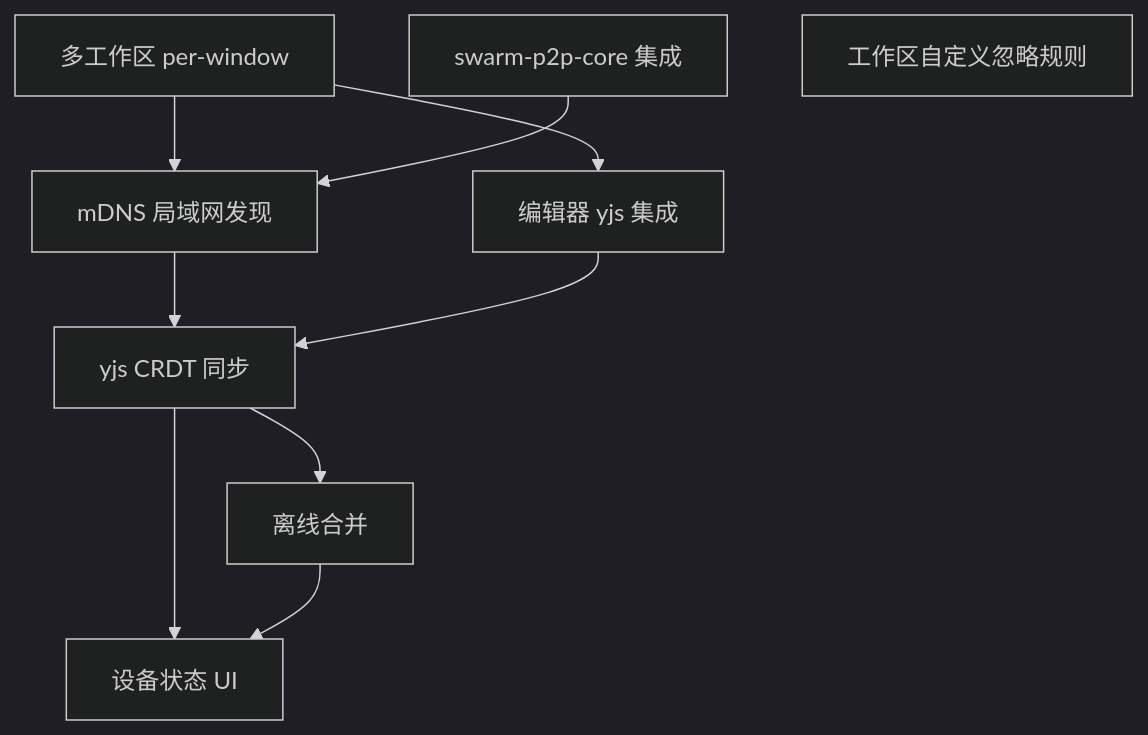
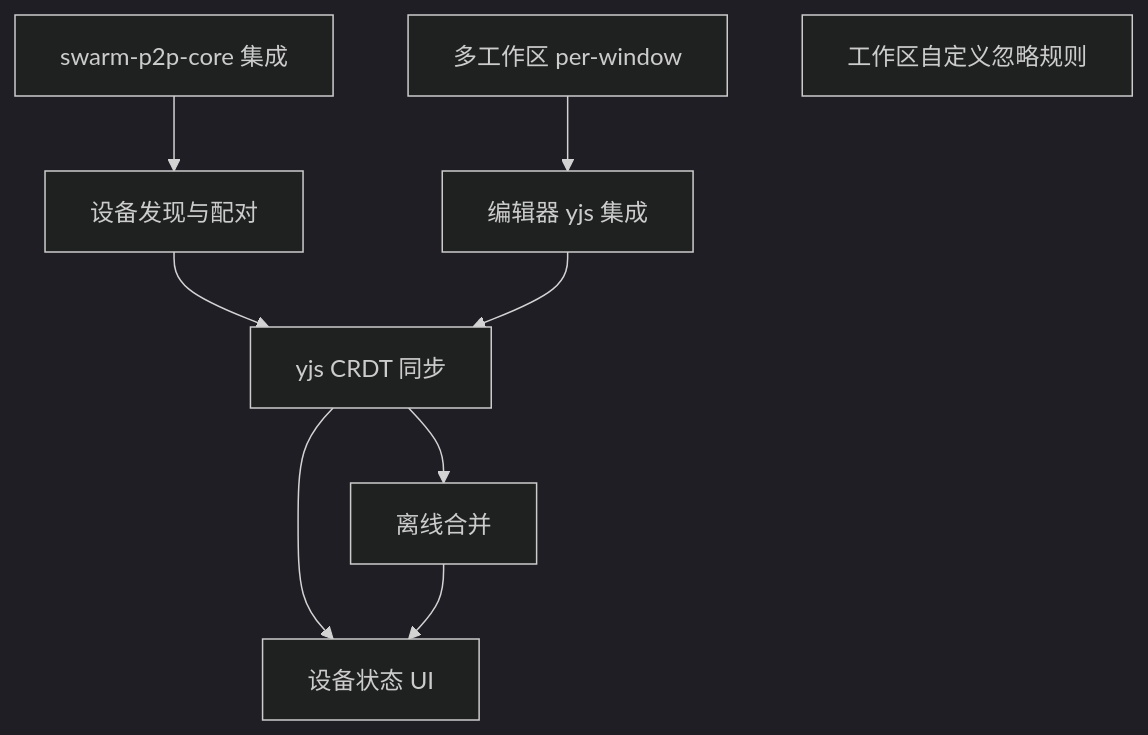
One commit to yexiyue/SwarmNote changed the diagram in milestones/v0.2.0/README.md. Above: the diagram before and after it, drawn with Mermaid (dark theme). The commit also changed other lines of this file and 5 other files, not shown here.

````diff
--- a/milestones/v0.2.0/README.md
+++ b/milestones/v0.2.0/README.md
@@ -36,20 +45,19 @@
 ```mermaid
 graph TD
     MultiWS[多工作区 per-window]
     Core[swarm-p2p-core 集成]
     IgnoreFilter[工作区自定义忽略规则]
-    mDNS[mDNS 局域网发现]
+    Pairing[设备发现与配对]
     YjsEditor[编辑器 yjs 集成]
     CRDT[yjs CRDT 同步]
     Offline[离线合并]
     DeviceUI[设备状态 UI]
 
-    MultiWS --> mDNS
+    Core --> Pairing
     MultiWS --> YjsEditor
-    Core --> mDNS
-    mDNS --> CRDT
+    Pairing --> CRDT
     YjsEditor --> CRDT
     CRDT --> Offline
     CRDT --> DeviceUI
     Offline --> DeviceUI
 ```
````
